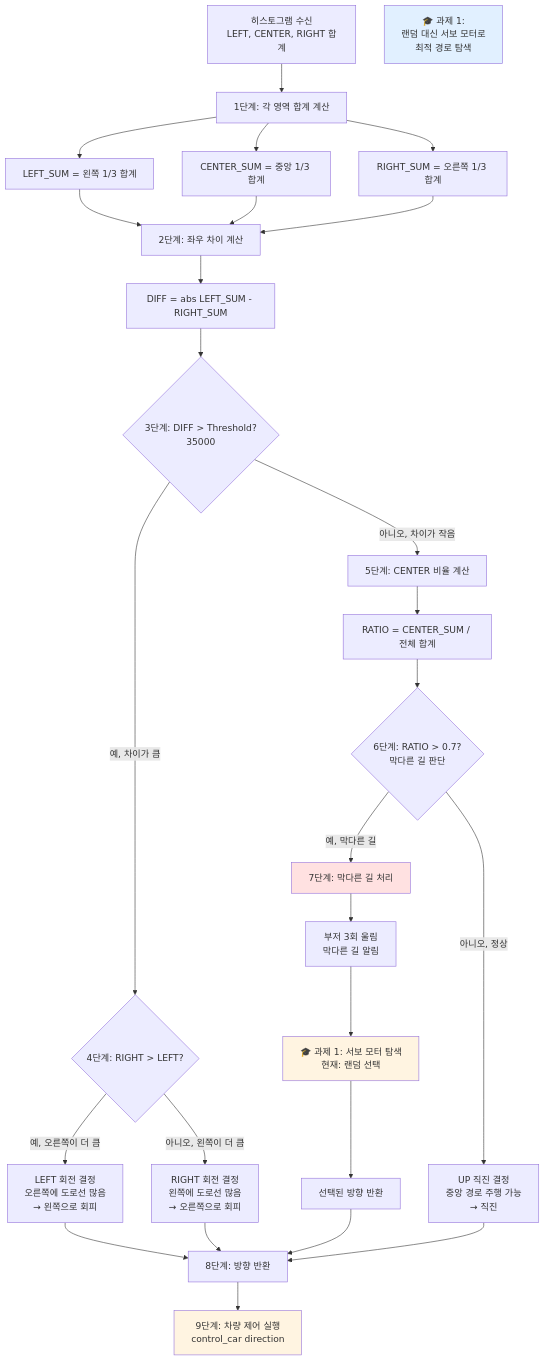
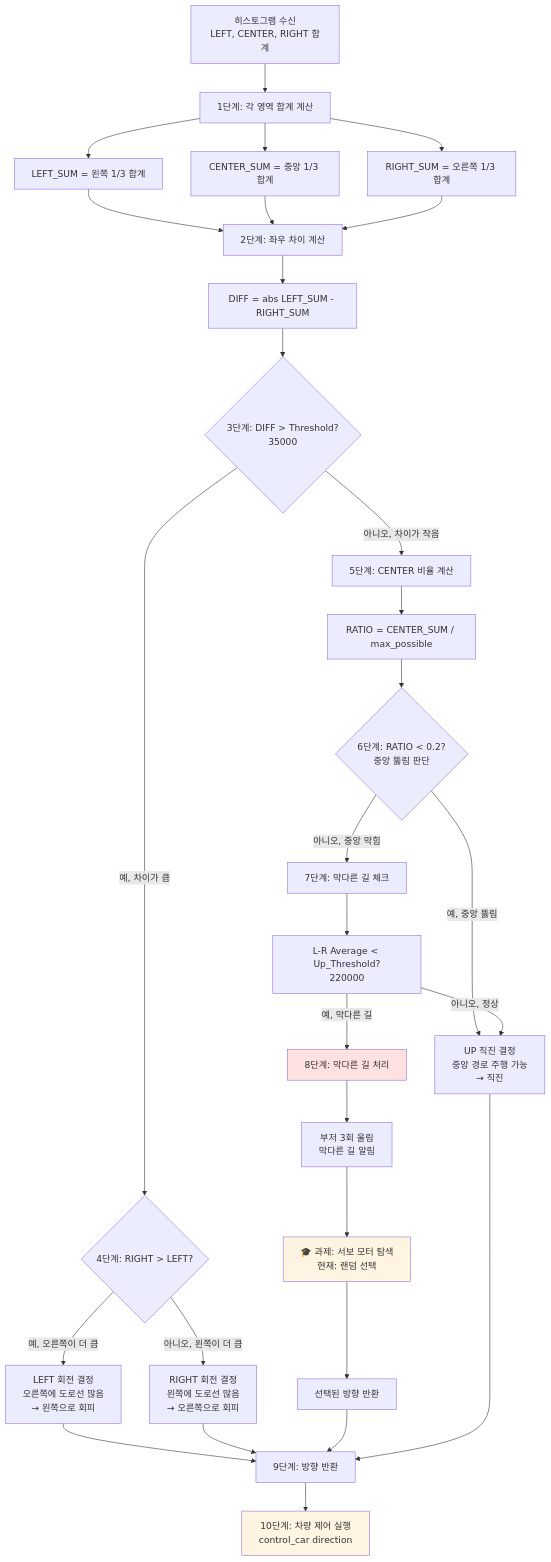
One commit to Collegenie-X/Raspbot-v2-self-driving-car changed the sixth of 12 diagrams in 03_self_driving/AUTOPLOT_SYSTEM_ANALYSIS.md. Above: the diagram before and after it, drawn with Mermaid. The commit also changed other lines of this file and 5 other files, not shown here.

````diff
--- a/03_self_driving/AUTOPLOT_SYSTEM_ANALYSIS.md
+++ b/03_self_driving/AUTOPLOT_SYSTEM_ANALYSIS.md
@@ -426,44 +433,46 @@
 ```mermaid
 flowchart TD
     A[히스토그램 수신<br/>LEFT, CENTER, RIGHT 합계] --> B[1단계: 각 영역 합계 계산]
     
     B --> B1[LEFT_SUM = 왼쪽 1/3 합계]
     B --> B2[CENTER_SUM = 중앙 1/3 합계]
     B --> B3[RIGHT_SUM = 오른쪽 1/3 합계]
     
     B1 --> C[2단계: 좌우 차이 계산]
     B2 --> C
     B3 --> C
     C --> C1[DIFF = abs LEFT_SUM - RIGHT_SUM]
     
     C1 --> D{3단계: DIFF > Threshold?<br/>35000}
     
     D -->|예, 차이가 큼| E{4단계: RIGHT > LEFT?}
     E -->|예, 오른쪽이 더 큼| F[LEFT 회전 결정<br/>오른쪽에 도로선 많음<br/>→ 왼쪽으로 회피]
     E -->|아니오, 왼쪽이 더 큼| G[RIGHT 회전 결정<br/>왼쪽에 도로선 많음<br/>→ 오른쪽으로 회피]
     
     D -->|아니오, 차이가 작음| H[5단계: CENTER 비율 계산]
-    H --> H1[RATIO = CENTER_SUM / 전체 합계]
-    H1 --> I{6단계: RATIO > 0.7?<br/>막다른 길 판단}
+    H --> H1[RATIO = CENTER_SUM / max_possible]
+    H1 --> I{6단계: RATIO < 0.2?<br/>중앙 뚫림 판단}
     
-    I -->|예, 막다른 길| J[7단계: 막다른 길 처리]
-    J --> J1[부저 3회 울림<br/>막다른 길 알림]
-    J1 --> J2[🎓 과제 1: 서보 모터 탐색<br/>현재: 랜덤 선택]
-    J2 --> K[선택된 방향 반환]
+    I -->|예, 중앙 뚫림| L[UP 직진 결정<br/>중앙 경로 주행 가능<br/>→ 직진]
     
-    I -->|아니오, 정상| L[UP 직진 결정<br/>중앙 경로 주행 가능<br/>→ 직진]
+    I -->|아니오, 중앙 막힘| J[7단계: 막다른 길 체크]
+    J --> J1[L-R Average < Up_Threshold?<br/>220000]
     
-    F --> M[8단계: 방향 반환]
-    G --> M
-    K --> M
-    L --> M
+    J1 -->|예, 막다른 길| K[8단계: 막다른 길 처리]
+    K --> K1[부저 3회 울림<br/>막다른 길 알림]
+    K1 --> K2[🎓 과제: 서보 모터 탐색<br/>현재: 랜덤 선택]
+    K2 --> M[선택된 방향 반환]
     
-    M --> N[9단계: 차량 제어 실행<br/>control_car direction]
+    J1 -->|아니오, 정상| L
     
-    style J fill:#ffe1e1
-    style N fill:#fff4e1
-    style J2 fill:#fff4e1
+    F --> N[9단계: 방향 반환]
+    G --> N
+    M --> N
+    L --> N
     
-    note1[🎓 과제 1:<br/>랜덤 대신 서보 모터로<br/>최적 경로 탐색]
-    style note1 fill:#e1f0ff
+    N --> O[10단계: 차량 제어 실행<br/>control_car direction]
+    
+    style K fill:#ffe1e1
+    style O fill:#fff4e1
+    style K2 fill:#fff4e1
 ```
````
